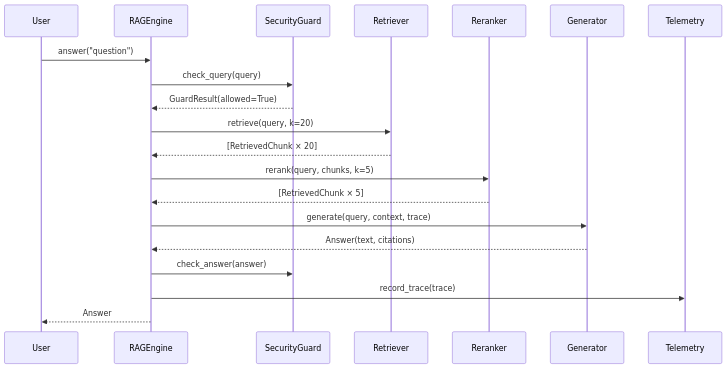
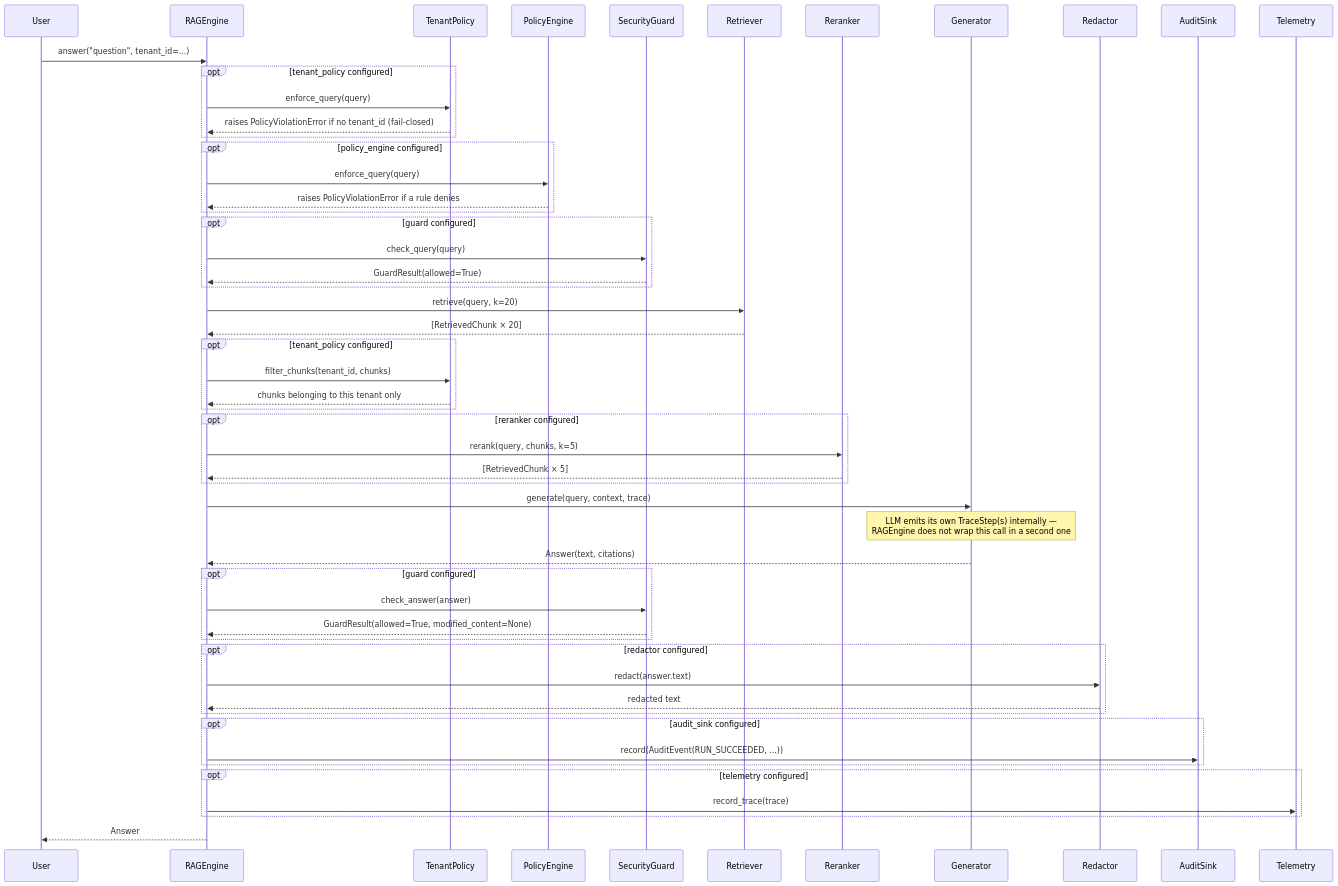
The first of 4 diagrams in docs/architecture/runtime-flow.md (HerbertGourout/modular-rag-framework), drawn with Mermaid before and after one commit. The commit also changed other lines of this file and 42 other files, not shown here.

````diff
--- a/docs/architecture/runtime-flow.md
+++ b/docs/architecture/runtime-flow.md
@@ -15,23 +34,56 @@
 ```mermaid
 sequenceDiagram
     participant U as User
     participant E as RAGEngine
+    participant TP as TenantPolicy
+    participant PE as PolicyEngine
     participant G as SecurityGuard
     participant R as Retriever
     participant RR as Reranker
     participant LLM as Generator
+    participant Rd as Redactor
+    participant A as AuditSink
     participant T as Telemetry
 
-    U->>E: answer("question")
-    E->>G: check_query(query)
-    G-->>E: GuardResult(allowed=True)
+    U->>E: answer("question", tenant_id=...)
+    opt tenant_policy configured
+        E->>TP: enforce_query(query)
+        TP-->>E: raises PolicyViolationError if no tenant_id (fail-closed)
+    end
+    opt policy_engine configured
+        E->>PE: enforce_query(query)
+        PE-->>E: raises PolicyViolationError if a rule denies
+    end
+    opt guard configured
+        E->>G: check_query(query)
+        G-->>E: GuardResult(allowed=True)
+    end
     E->>R: retrieve(query, k=20)
     R-->>E: [RetrievedChunk × 20]
-    E->>RR: rerank(query, chunks, k=5)
-    RR-->>E: [RetrievedChunk × 5]
+    opt tenant_policy configured
+        E->>TP: filter_chunks(tenant_id, chunks)
+        TP-->>E: chunks belonging to this tenant only
+    end
+    opt reranker configured
+        E->>RR: rerank(query, chunks, k=5)
+        RR-->>E: [RetrievedChunk × 5]
+    end
     E->>LLM: generate(query, context, trace)
+    Note over LLM: LLM emits its own TraceStep(s) internally —<br/>RAGEngine does not wrap this call in a second one
     LLM-->>E: Answer(text, citations)
-    E->>G: check_answer(answer)
-    E->>T: record_trace(trace)
+    opt guard configured
+        E->>G: check_answer(answer)
+        G-->>E: GuardResult(allowed=True, modified_content=None)
+    end
+    opt redactor configured
+        E->>Rd: redact(answer.text)
+        Rd-->>E: redacted text
+    end
+    opt audit_sink configured
+        E->>A: record(AuditEvent(RUN_SUCCEEDED, ...))
+    end
+    opt telemetry configured
+        E->>T: record_trace(trace)
+    end
     E-->>U: Answer
 ```
````
